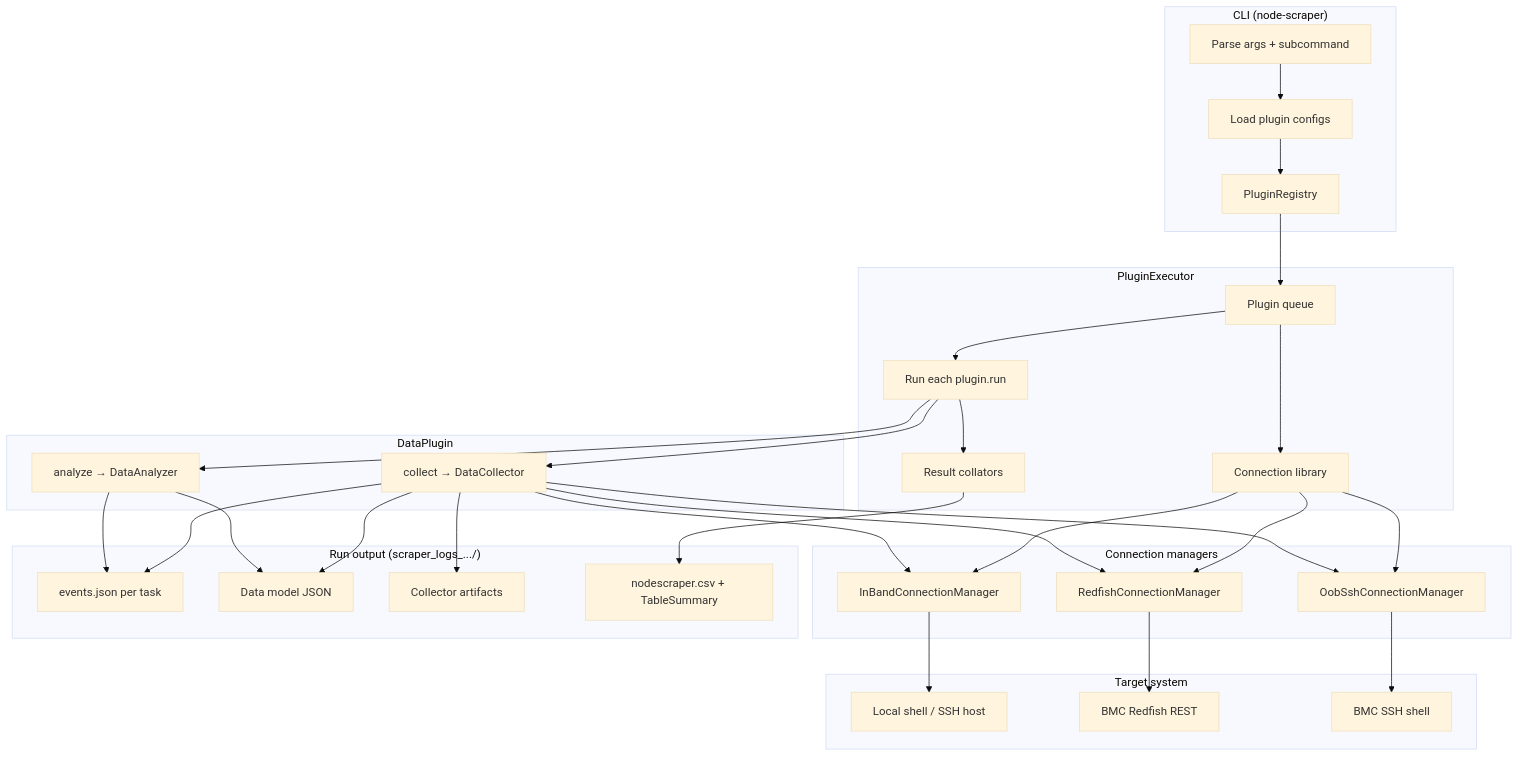
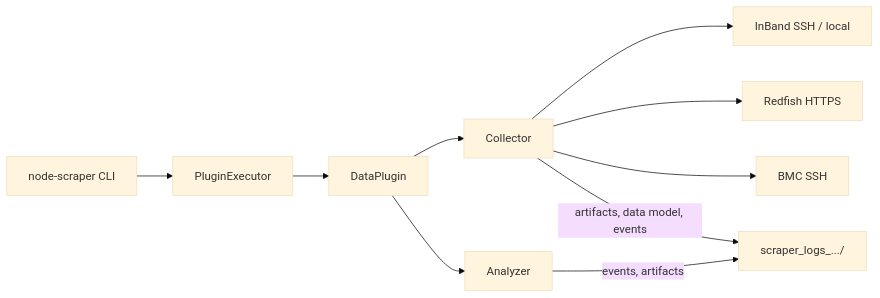
Before and after one commit to amd/node-scraper: the diagram in docs/architecture/overview.md, drawn with Mermaid (base theme). The commit also changed other lines of this file and 1 other file, not shown here.

Commit message:
some simplification

````diff
--- a/docs/architecture/overview.md
+++ b/docs/architecture/overview.md
@@ -7,60 +7,12 @@
 ```mermaid
-flowchart TB
-    subgraph CLI["CLI (node-scraper)"]
-        A[Parse args + subcommand]
-        B[Load plugin configs]
-        C[PluginRegistry]
-    end
-
-    subgraph Exec["PluginExecutor"]
-        D[Plugin queue]
-        E[Connection library]
-        F[Run each plugin.run]
-        G[Result collators]
-    end
-
-    subgraph Plugin["DataPlugin"]
-        H[collect → DataCollector]
-        I[analyze → DataAnalyzer]
-    end
-
-    subgraph Conn["Connection managers"]
-        J[InBandConnectionManager]
-        K[RedfishConnectionManager]
-        L[OobSshConnectionManager]
-    end
-
-    subgraph Target["Target system"]
-        M[Local shell / SSH host]
-        N[BMC Redfish REST]
-        O[BMC SSH shell]
-    end
-
-    subgraph Output["Run output (scraper_logs_.../)"]
-        P[events.json per task]
-        Q[Data model JSON]
-        S[Collector artifacts]
-        R[nodescraper.csv + TableSummary]
-    end
-
-    A --> B --> C --> D
-    D --> E
-    E --> J
-    E --> K
-    E --> L
-    D --> F
-    F --> H
-    F --> I
-    H --> J
-    H --> K
-    H --> L
-    J --> M
-    K --> N
-    L --> O
-    H --> S
-    H --> Q
-    H --> P
-    I --> P
-    I --> Q
-    F --> G --> R
+flowchart LR
+    CLI[node-scraper CLI] --> PE[PluginExecutor]
+    PE --> P[DataPlugin]
+    P --> C[Collector]
+    P --> A[Analyzer]
+    C --> IB[InBand SSH / local]
+    C --> RF[Redfish HTTPS]
+    C --> BS[BMC SSH]
+    C -->|artifacts, data model, events| DISK[scraper_logs_.../]
+    A -->|events, artifacts| DISK
 ```
````
